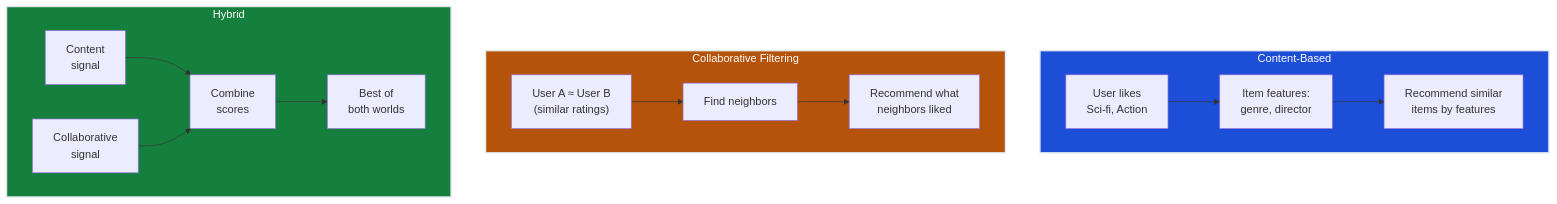
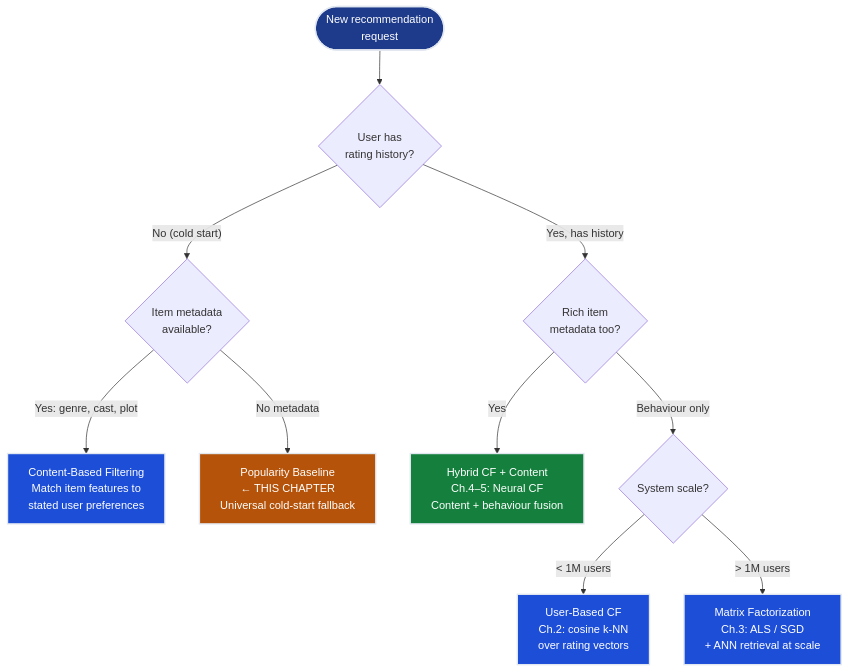
One commit to deepakshamsft/ai-portfolio changed the second of 4 diagrams in notes/01-ml/04_recommender_systems/ch01_fundamentals/README.md. Above: the diagram before and after it, drawn with Mermaid. The commit also changed other lines of this file and 727 other files, not shown here.

````diff
--- a/notes/01-ml/04_recommender_systems/ch01_fundamentals/README.md
+++ b/notes/01-ml/04_recommender_systems/ch01_fundamentals/README.md
@@ -236,22 +400,19 @@
 ```mermaid
-flowchart TB
-    subgraph CB["Content-Based"]
-        U1["User likes<br/>Sci-fi, Action"] --> F1["Item features:<br/>genre, director"]
-        F1 --> R1["Recommend similar<br/>items by features"]
-    end
-    
-    subgraph CF["Collaborative Filtering"]
-        U2["User A ≈ User B<br/>(similar ratings)"] --> N1["Find neighbors"]
-        N1 --> R2["Recommend what<br/>neighbors liked"]
-    end
-    
-    subgraph HY["Hybrid"]
-        CB2["Content<br/>signal"] --> MERGE["Combine<br/>scores"]
-        CF2["Collaborative<br/>signal"] --> MERGE
-        MERGE --> R3["Best of<br/>both worlds"]
-    end
-    
+flowchart TD
+    Q(["New recommendation<br/>request"]) --> HIST{"User has<br/>rating history?"}
+    HIST -->|"No (cold start)"| COLD{"Item metadata<br/>available?"}
+    COLD -->|"Yes: genre, cast, plot"| CB["Content-Based Filtering<br/>Match item features to<br/>stated user preferences"]
+    COLD -->|"No metadata"| POP["Popularity Baseline<br/>← THIS CHAPTER<br/>Universal cold-start fallback"]
+    HIST -->|"Yes, has history"| META{"Rich item<br/>metadata too?"}
+    META -->|"Yes"| HYB["Hybrid CF + Content<br/>Ch.4–5: Neural CF<br/>Content + behaviour fusion"]
+    META -->|"Behaviour only"| SCALE{"System scale?"}
+    SCALE -->|"< 1M users"| UCF["User-Based CF<br/>Ch.2: cosine k-NN<br/>over rating vectors"]
+    SCALE -->|"> 1M users"| MF["Matrix Factorization<br/>Ch.3: ALS / SGD<br/>+ ANN retrieval at scale"]
+
+    style Q fill:#1e3a8a,stroke:#e2e8f0,stroke-width:2px,color:#ffffff
+    style POP fill:#b45309,stroke:#e2e8f0,stroke-width:2px,color:#ffffff
     style CB fill:#1d4ed8,stroke:#e2e8f0,stroke-width:2px,color:#ffffff
-    style CF fill:#b45309,stroke:#e2e8f0,stroke-width:2px,color:#ffffff
-    style HY fill:#15803d,stroke:#e2e8f0,stroke-width:2px,color:#ffffff
+    style HYB fill:#15803d,stroke:#e2e8f0,stroke-width:2px,color:#ffffff
+    style UCF fill:#1d4ed8,stroke:#e2e8f0,stroke-width:2px,color:#ffffff
+    style MF fill:#1d4ed8,stroke:#e2e8f0,stroke-width:2px,color:#ffffff
 ```
````
